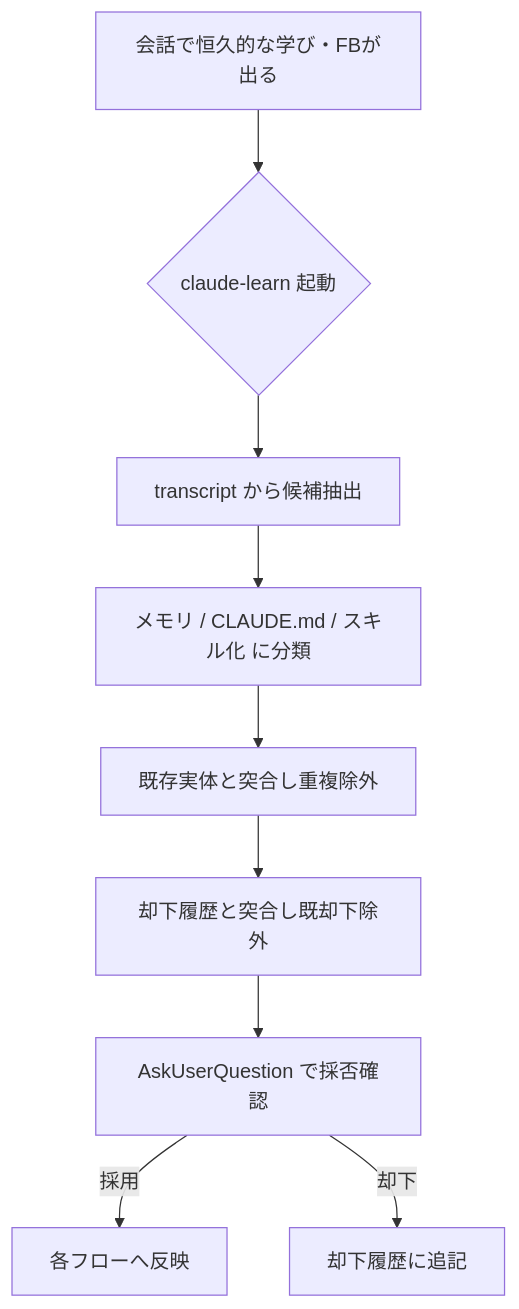
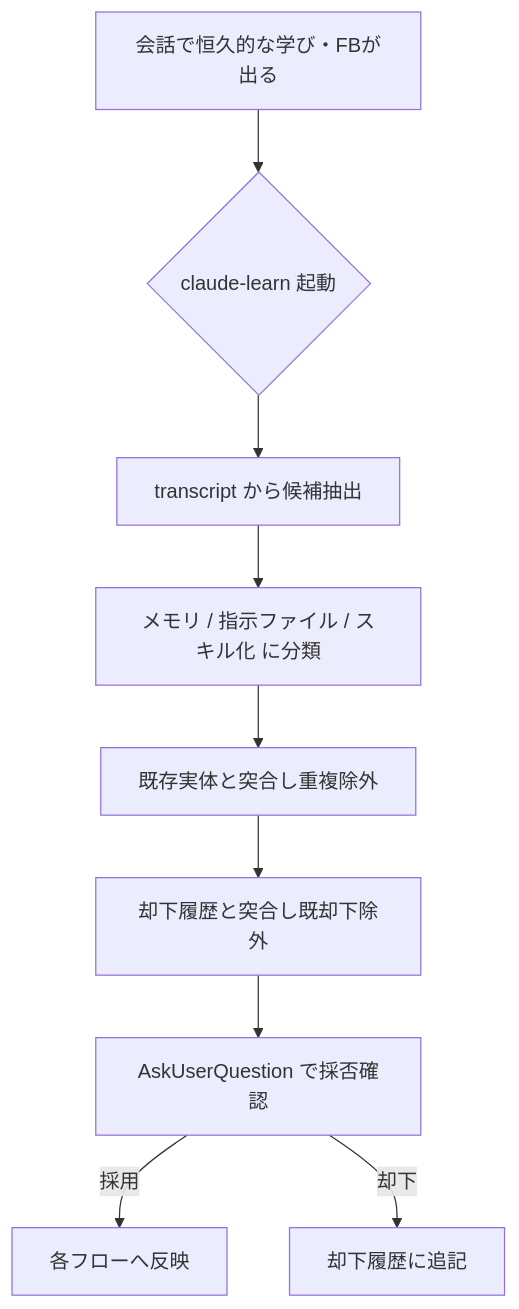
The diagram in claude/skills/claude-learn/SKILL.md (tpywao/dotfiles), drawn with Mermaid before and after one commit. The commit also changed other lines of this file and 1 other file, not shown here.

First line of the commit message:
docs(claude): プロジェクトの指示は AGENTS.md に書く規則を追加する

````diff
--- a/claude/skills/claude-learn/SKILL.md
+++ b/claude/skills/claude-learn/SKILL.md
@@ -32,11 +32,11 @@
 ```mermaid
 flowchart TD
     A[会話で恒久的な学び・FBが出る] --> B{claude-learn 起動}
     B --> C[transcript から候補抽出]
-    C --> D[メモリ / CLAUDE.md / スキル化 に分類]
+    C --> D[メモリ / 指示ファイル / スキル化 に分類]
     D --> E[既存実体と突合し重複除外]
     E --> F[却下履歴と突合し既却下除外]
     F --> G[AskUserQuestion で採否確認]
     G -->|採用| H[各フローへ反映]
     G -->|却下| I[却下履歴に追記]
 ```
````
